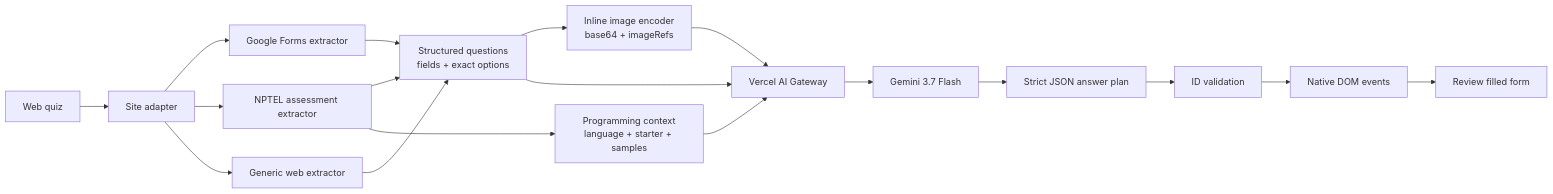
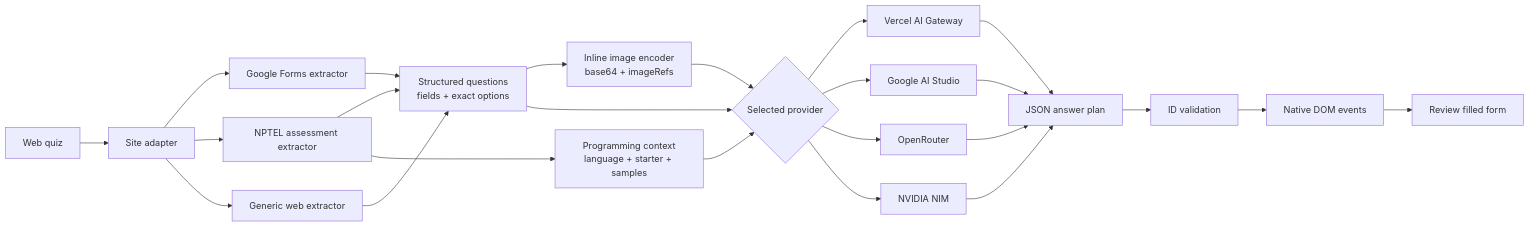
Before and after one commit to Kushalkhemka/ai-gateway-google-forms: the diagram in README.md, drawn with Mermaid. The commit also changed other lines of this file and 11 other files, not shown here.

````diff
--- a/README.md
+++ b/README.md
@@ -58,20 +60,26 @@
 ```mermaid
 flowchart LR
     A[Web quiz] --> B[Site adapter]
     B --> C1[Google Forms extractor]
     B --> C2[NPTEL assessment extractor]
     B --> C3[Generic web extractor]
     C1 --> C[Structured questions<br/>fields + exact options]
     C2 --> C
     C3 --> C
     C2 --> K[Programming context<br/>language + starter + samples]
     C --> D[Inline image encoder<br/>base64 + imageRefs]
-    C --> E[Vercel AI Gateway]
+    C --> E{Selected provider}
     K --> E
     D --> E
-    E --> F[Gemini 3.7 Flash]
-    F --> G[Strict JSON answer plan]
+    E --> F1[Vercel AI Gateway]
+    E --> F2[Google AI Studio]
+    E --> F3[OpenRouter]
+    E --> F4[NVIDIA NIM]
+    F1 --> G[JSON answer plan]
+    F2 --> G
+    F3 --> G
+    F4 --> G
     G --> H[ID validation]
     H --> I[Native DOM events]
     I --> J[Review filled form]
 ```
````
